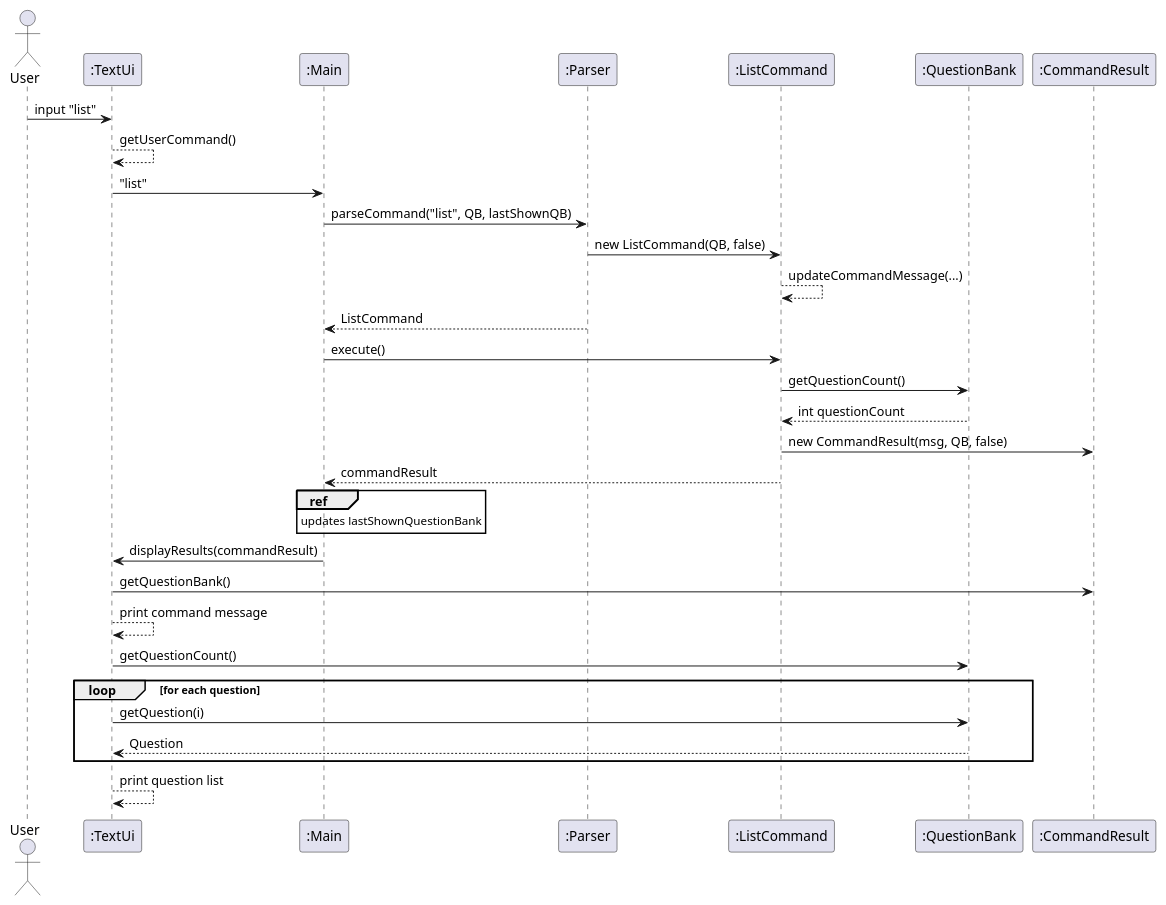
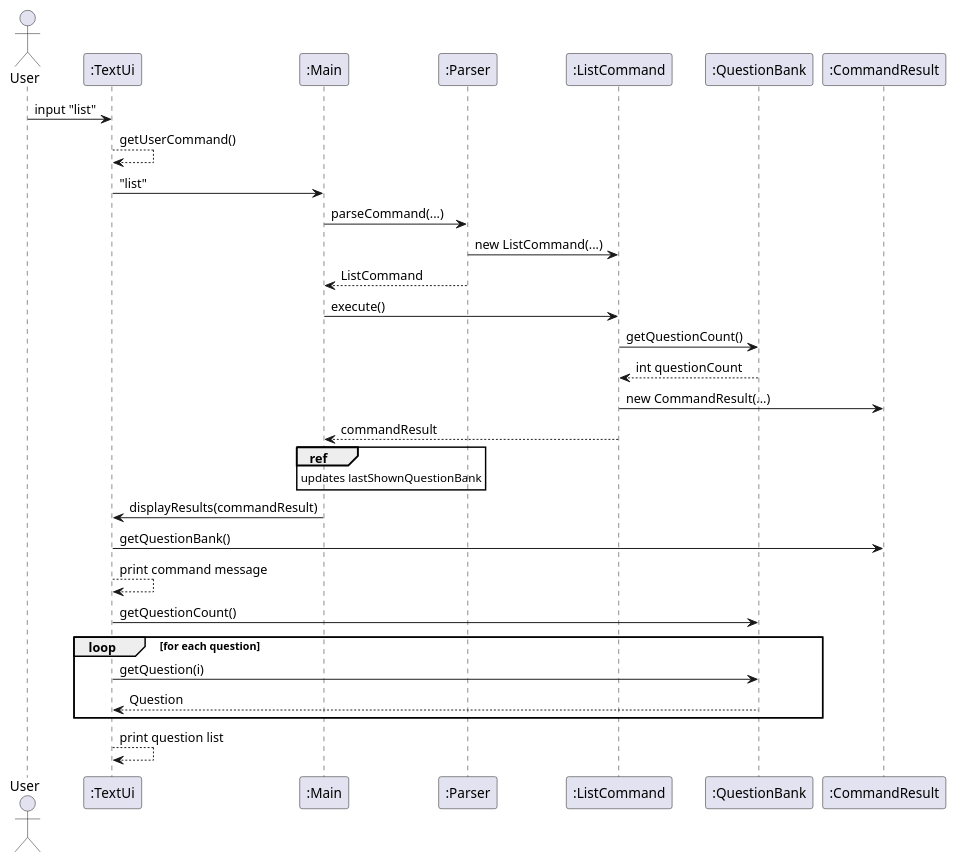
One commit to tongkiankiat/tp changed the diagram in docs/diagrams/sequence/List.puml. Above: the diagram before and after it, drawn with PlantUML. The commit also changed 3 other files, not shown here.

Commit message:
Updates Find and List sequence diagrams

```diff
--- a/docs/diagrams/sequence/List.puml
+++ b/docs/diagrams/sequence/List.puml
@@ -1,40 +1,39 @@
 @startuml
 actor User
 participant ":TextUi" as UI
 participant ":Main" as Main
 participant ":Parser" as Parser
 participant ":ListCommand" as ListCmd
 participant ":QuestionBank" as QB
 participant ":CommandResult" as Result
 
 User -> UI : input "list"
 UI --> UI : getUserCommand()
 UI -> Main : "list"
 
-Main -> Parser : parseCommand("list", QB, lastShownQB)
-Parser -> ListCmd : new ListCommand(QB, false)
-ListCmd --> ListCmd : updateCommandMessage(...)
+Main -> Parser : parseCommand(...)
+Parser -> ListCmd : new ListCommand(...)
 
 Parser --> Main : ListCommand
 
 Main -> ListCmd : execute()
 ListCmd -> QB : getQuestionCount()
 QB --> ListCmd : int questionCount
 
-ListCmd -> Result : new CommandResult(msg, QB, false)
+ListCmd -> Result : new CommandResult(...)
 ListCmd --> Main : commandResult
 
 ref over Main
 updates lastShownQuestionBank
 end ref
 
 Main -> UI : displayResults(commandResult)
 UI -> Result : getQuestionBank()
 UI --> UI: print command message
 UI -> QB : getQuestionCount()
 loop for each question
     UI -> QB : getQuestion(i)
     QB --> UI : Question
 end
 UI --> UI : print question list
 @enduml
```
